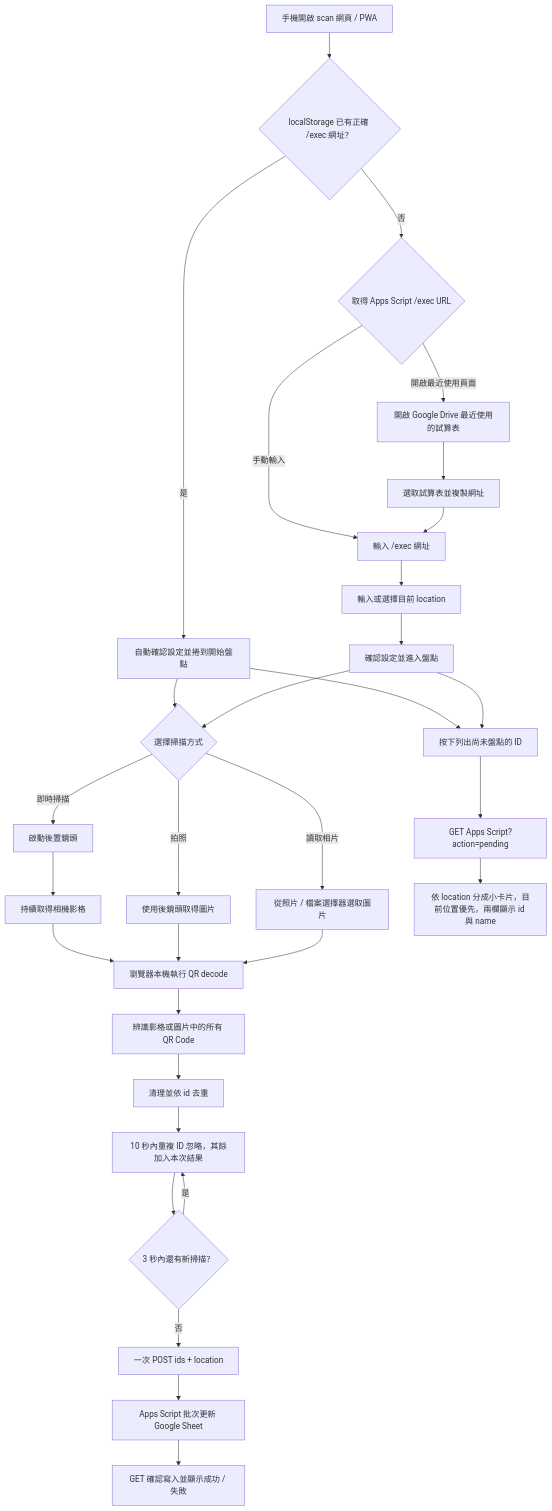
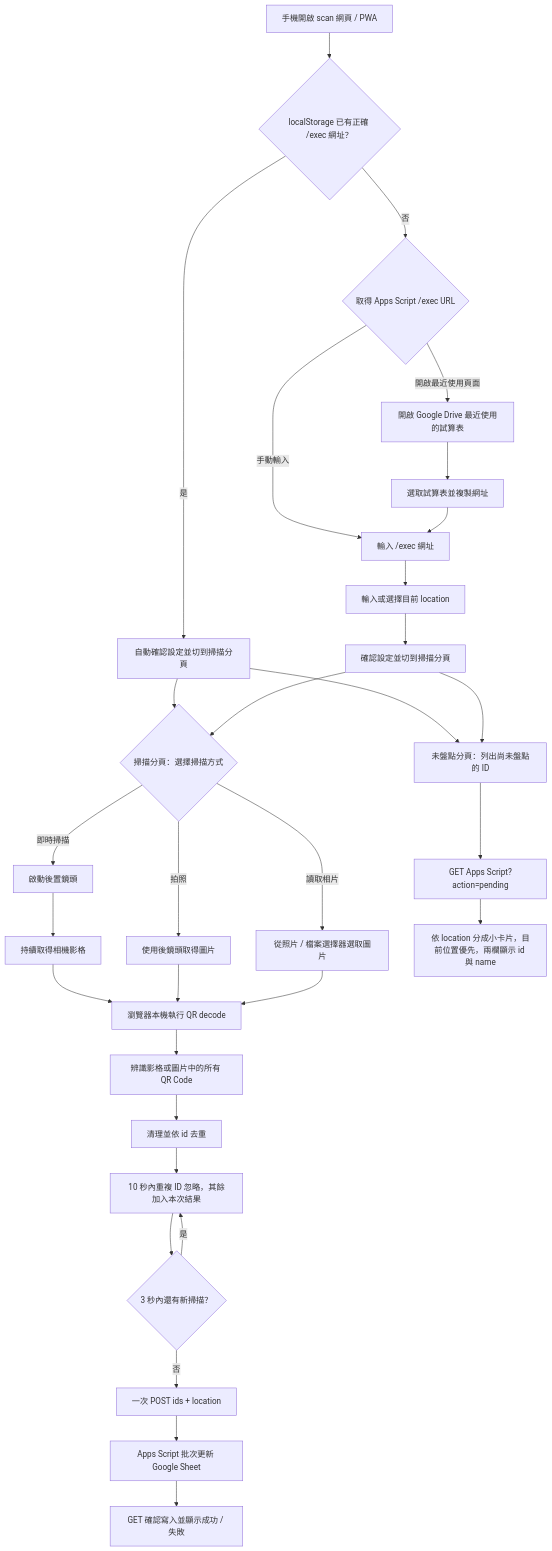
The diagram in scan/README.md (pulipulichen/Mobile-Inventory-Scanner), drawn with Mermaid before and after one commit. The commit also changed other lines of this file and 12 other files, not shown here.

````diff
--- a/scan/README.md
+++ b/scan/README.md
@@ -58,33 +58,33 @@
 ```mermaid
 flowchart TD
     A["手機開啟 scan 網頁 / PWA"] --> B{"localStorage 已有正確 /exec 網址？"}
-    B -->|"是"| C["自動確認設定並捲到開始盤點"]
+    B -->|"是"| C["自動確認設定並切到掃描分頁"]
     B -->|"否"| D{"取得 Apps Script /exec URL"}
     D -->|"手動輸入"| E["輸入 /exec 網址"]
     D -->|"開啟最近使用頁面"| F["開啟 Google Drive 最近使用的試算表"]
     F --> G["選取試算表並複製網址"]
     G --> E
     E --> H["輸入或選擇目前 location"]
-    H --> I["確認設定並進入盤點"]
-    C --> J{"選擇掃描方式"}
+    H --> I["確認設定並切到掃描分頁"]
+    C --> J{"掃描分頁：選擇掃描方式"}
     I --> J
     J -->|"即時掃描"| K["啟動後置鏡頭"]
     K --> L["持續取得相機影格"]
     J -->|"拍照"| M["使用後鏡頭取得圖片"]
     J -->|"讀取相片"| N["從照片 / 檔案選擇器選取圖片"]
     L --> O["瀏覽器本機執行 QR decode"]
     M --> O
     N --> O
     O --> P["辨識影格或圖片中的所有 QR Code"]
     P --> Q["清理並依 id 去重"]
     Q --> R["10 秒內重複 ID 忽略，其餘加入本次結果"]
     R --> S{"3 秒內還有新掃描？"}
     S -->|"是"| R
     S -->|"否"| T["一次 POST ids + location"]
     T --> U["Apps Script 批次更新 Google Sheet"]
     U --> V["GET 確認寫入並顯示成功 / 失敗"]
-    C --> W["按下列出尚未盤點的 ID"]
+    C --> W["未盤點分頁：列出尚未盤點的 ID"]
     I --> W
     W --> X["GET Apps Script?action=pending"]
     X --> Y["依 location 分成小卡片，目前位置優先，兩欄顯示 id 與 name"]
 ```
````
